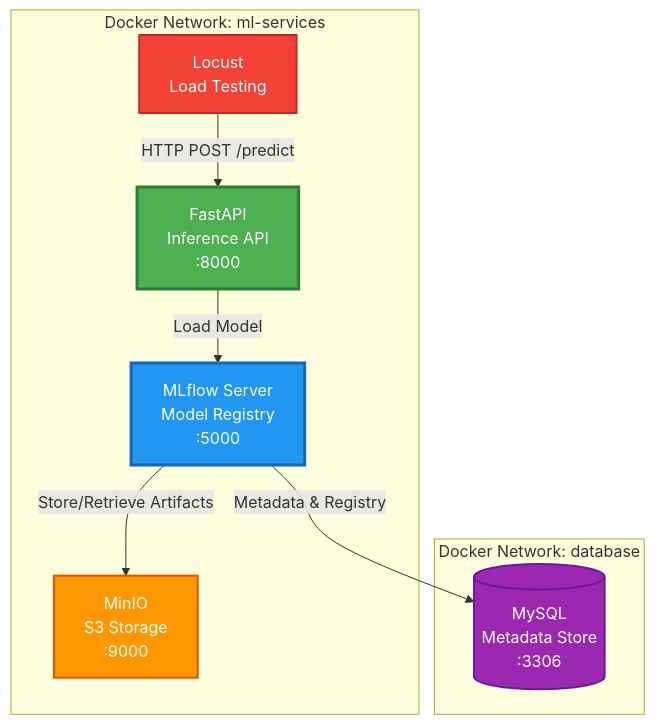
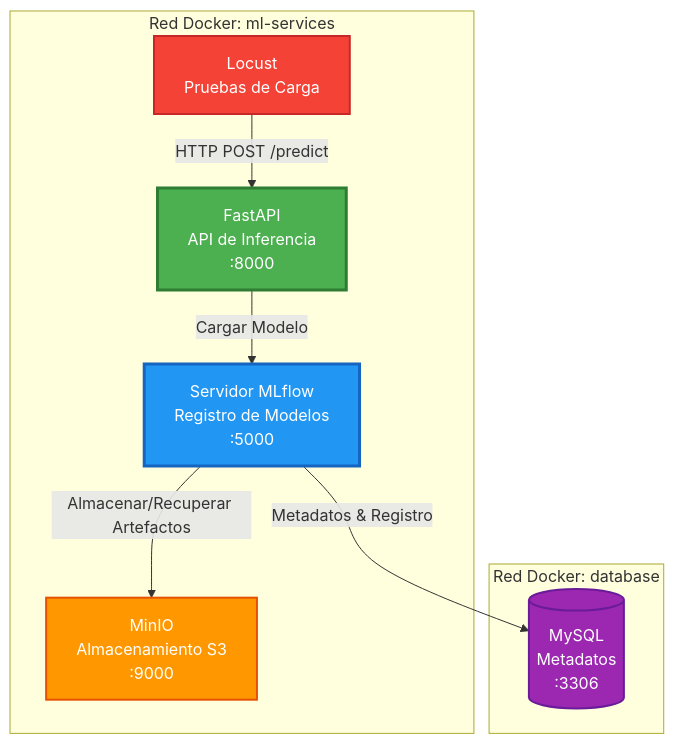
Before and after one commit to jcamilogomezc/MLOps-Grupo2: the diagram in Talleres/Taller_5/README.md, drawn with Mermaid. The commit also changed other lines of this file and 2 other files, not shown here.

Commit message:
Pull API image from DockerHub

````diff
--- a/Talleres/Taller_5/README.md
+++ b/Talleres/Taller_5/README.md
@@ -25,24 +25,24 @@
 ```mermaid
 graph TB
-    subgraph "Docker Network: ml-services"
-        Locust[Locust<br/>Load Testing]
-        API[FastAPI<br/>Inference API<br/>:8000]
-        MLflow[MLflow Server<br/>Model Registry<br/>:5000]
-        MinIO[MinIO<br/>S3 Storage<br/>:9000]
+    subgraph "Red Docker: ml-services"
+        Locust[Locust<br/>Pruebas de Carga]
+        API[FastAPI<br/>API de Inferencia<br/>:8000]
+        MLflow[Servidor MLflow<br/>Registro de Modelos<br/>:5000]
+        MinIO[MinIO<br/>Almacenamiento S3<br/>:9000]
     end
 
-    subgraph "Docker Network: database"
-        MySQL[(MySQL<br/>Metadata Store<br/>:3306)]
+    subgraph "Red Docker: database"
+        MySQL[(MySQL<br/>Metadatos<br/>:3306)]
     end
 
     Locust -->|HTTP POST /predict| API
-    API -->|Load Model| MLflow
-    MLflow -->|Store/Retrieve Artifacts| MinIO
-    MLflow -->|Metadata & Registry| MySQL
+    API -->|Cargar Modelo| MLflow
+    MLflow -->|Almacenar/Recuperar Artefactos| MinIO
+    MLflow -->|Metadatos & Registro| MySQL
 
     style API fill:#4CAF50,stroke:#2E7D32,stroke-width:3px,color:#fff
     style MLflow fill:#2196F3,stroke:#1565C0,stroke-width:3px,color:#fff
     style MinIO fill:#FF9800,stroke:#E65100,stroke-width:2px,color:#fff
     style MySQL fill:#9C27B0,stroke:#6A1B9A,stroke-width:2px,color:#fff
     style Locust fill:#F44336,stroke:#C62828,stroke-width:2px,color:#fff
 ```
````
